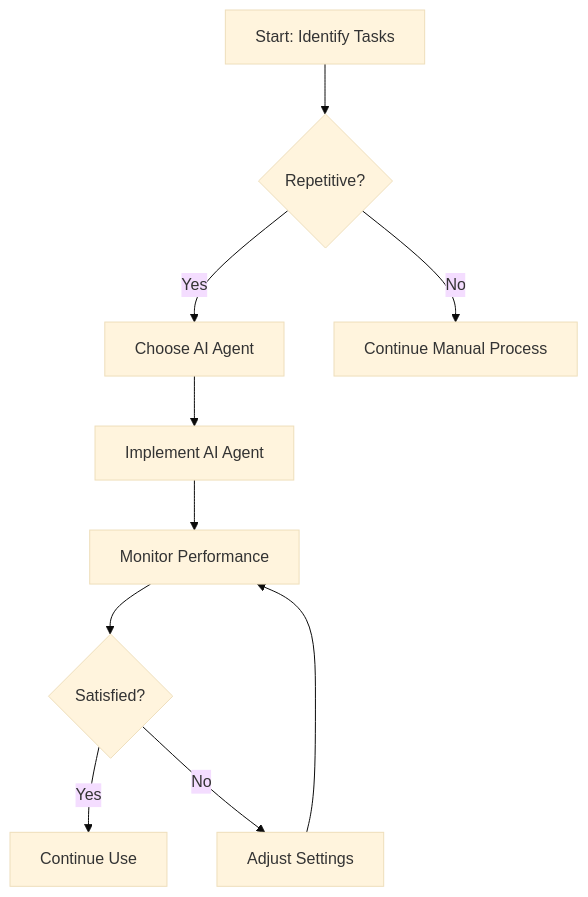
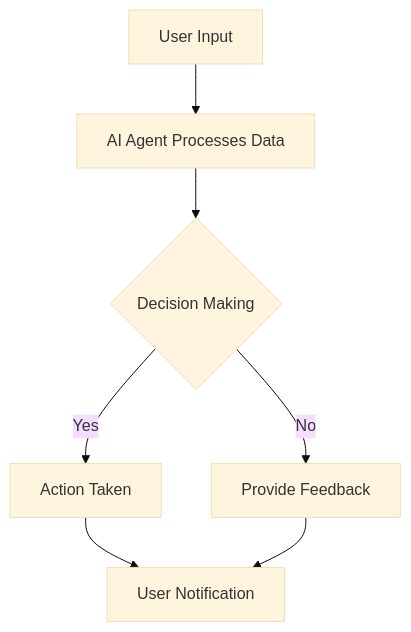
Before and after one commit to ai-tools-lab/ai-tools-lab.github.io: the diagram in content/posts/maximizing-productivity-with-ai-agents-in-2026.md, drawn with Mermaid (base theme). The commit also changed other lines of this file and 79 other files, not shown here.

````diff
--- a/content/posts/maximizing-productivity-with-ai-agents-in-2026.md
+++ b/content/posts/maximizing-productivity-with-ai-agents-in-2026.md
@@ -124,12 +105,9 @@
 ```mermaid
 graph TD;
-    A[Start: Identify Tasks] --> B{Repetitive?};
-    B -- Yes --> C[Choose AI Agent];
-    B -- No --> D[Continue Manual Process];
-    C --> E[Implement AI Agent];
-    E --> F[Monitor Performance];
-    F --> G{Satisfied?};
-    G -- Yes --> H[Continue Use];
-    G -- No --> I[Adjust Settings];
-    I --> F;
+    A[User Input] --> B[AI Agent Processes Data];
+    B --> C{Decision Making};
+    C -->|Yes| D[Action Taken];
+    C -->|No| E[Provide Feedback];
+    D --> F[User Notification];
+    E --> F;
 ```
````
